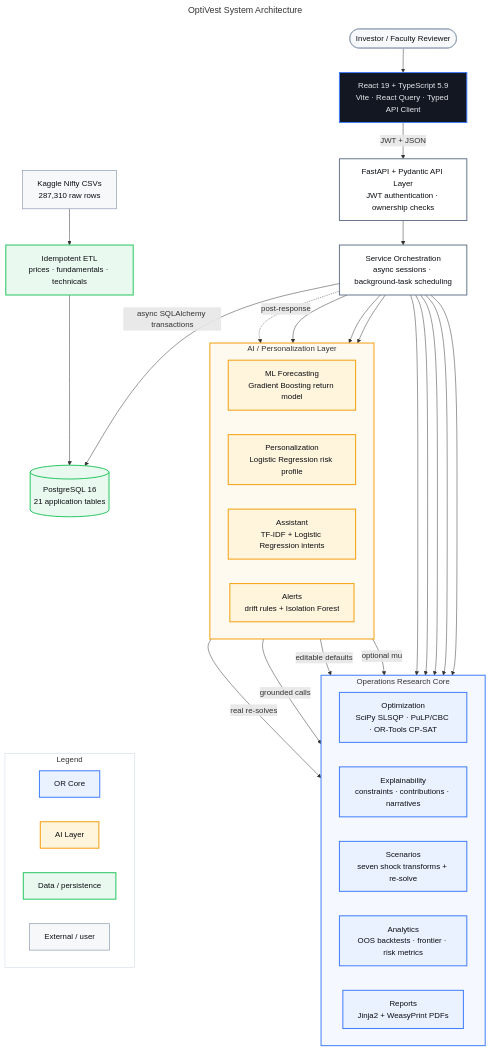
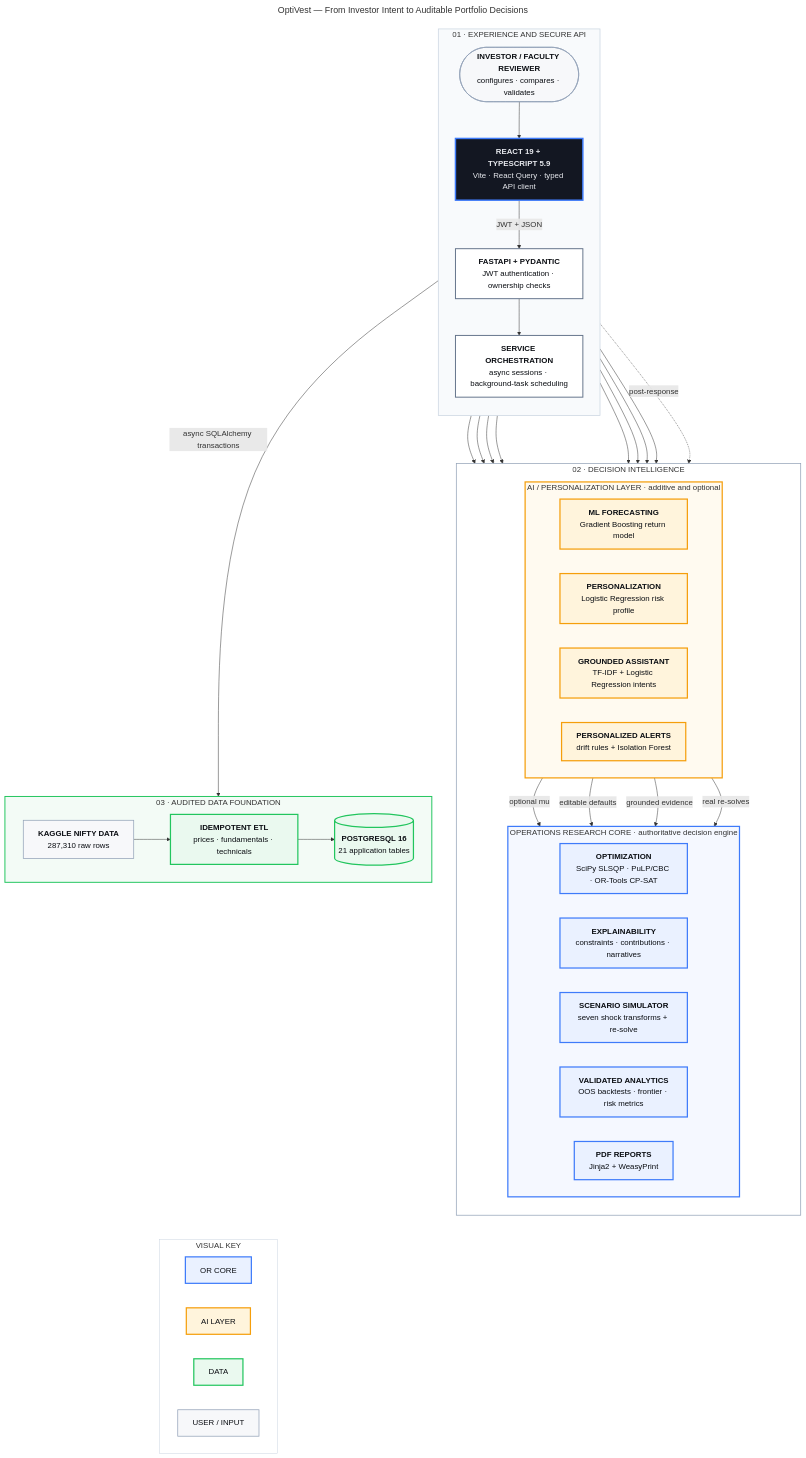
Before and after one commit to ParthrChandurkar/quantitative-portfolio-optimization-dss: the diagram in docs/diagrams/src/system-architecture.mmd, drawn with Mermaid. The commit also changed 8 other files, not shown here.

Commit message:
docs: enhance architecture diagram visuals

```diff
--- a/docs/diagrams/src/system-architecture.mmd
+++ b/docs/diagrams/src/system-architecture.mmd
@@ -1,68 +1,82 @@
 ---
-title: OptiVest System Architecture
+title: OptiVest — From Investor Intent to Auditable Portfolio Decisions
 ---
 flowchart TB
-    USER([Investor / Faculty Reviewer]):::external
-    UI["React 19 + TypeScript 5.9<br/>Vite · React Query · Typed API Client"]:::frontend
-    API["FastAPI + Pydantic API Layer<br/>JWT authentication · ownership checks"]:::service
-    SVC["Service Orchestration<br/>async sessions · background-task scheduling"]:::service
+    subgraph ACCESS["01 · EXPERIENCE AND SECURE API"]
+        direction TB
+        USER(["<b>INVESTOR / FACULTY REVIEWER</b><br/>configures · compares · validates"]):::external
+        UI["<b>REACT 19 + TYPESCRIPT 5.9</b><br/>Vite · React Query · typed API client"]:::frontend
+        API["<b>FASTAPI + PYDANTIC</b><br/>JWT authentication · ownership checks"]:::service
+        SVC["<b>SERVICE ORCHESTRATION</b><br/>async sessions · background-task scheduling"]:::service
 
-    subgraph ORCORE["Operations Research Core"]
-        direction LR
-        OPT["Optimization<br/>SciPy SLSQP · PuLP/CBC · OR-Tools CP-SAT"]:::orcore
-        EXP["Explainability<br/>constraints · contributions · narratives"]:::orcore
-        SCN["Scenarios<br/>seven shock transforms + re-solve"]:::orcore
-        ANA["Analytics<br/>OOS backtests · frontier · risk metrics"]:::orcore
-        REP["Reports<br/>Jinja2 + WeasyPrint PDFs"]:::orcore
+        USER --> UI
+        UI -->|JWT + JSON| API
+        API --> SVC
     end
 
-    subgraph AILAYER["AI / Personalization Layer"]
-        direction LR
-        ML["ML Forecasting<br/>Gradient Boosting return model"]:::ai
-        PERS["Personalization<br/>Logistic Regression risk profile"]:::ai
-        AST["Assistant<br/>TF-IDF + Logistic Regression intents"]:::ai
-        ALT["Alerts<br/>drift rules + Isolation Forest"]:::ai
+    subgraph INTELLIGENCE["02 · DECISION INTELLIGENCE"]
+        direction TB
+        subgraph AILAYER["AI / PERSONALIZATION LAYER · additive and optional"]
+            direction LR
+            ML["<b>ML FORECASTING</b><br/>Gradient Boosting return model"]:::ai
+            PERS["<b>PERSONALIZATION</b><br/>Logistic Regression risk profile"]:::ai
+            AST["<b>GROUNDED ASSISTANT</b><br/>TF-IDF + Logistic Regression intents"]:::ai
+            ALT["<b>PERSONALIZED ALERTS</b><br/>drift rules + Isolation Forest"]:::ai
+        end
+
+        subgraph ORCORE["OPERATIONS RESEARCH CORE · authoritative decision engine"]
+            direction LR
+            OPT["<b>OPTIMIZATION</b><br/>SciPy SLSQP · PuLP/CBC · OR-Tools CP-SAT"]:::orcore
+            EXP["<b>EXPLAINABILITY</b><br/>constraints · contributions · narratives"]:::orcore
+            SCN["<b>SCENARIO SIMULATOR</b><br/>seven shock transforms + re-solve"]:::orcore
+            ANA["<b>VALIDATED ANALYTICS</b><br/>OOS backtests · frontier · risk metrics"]:::orcore
+            REP["<b>PDF REPORTS</b><br/>Jinja2 + WeasyPrint"]:::orcore
+        end
     end
 
-    DB[("PostgreSQL 16<br/>21 application tables")]:::data
-    CSV["Kaggle Nifty CSVs<br/>287,310 raw rows"]:::external
-    ETL["Idempotent ETL<br/>prices · fundamentals · technicals"]:::data
+    subgraph FOUNDATION["03 · AUDITED DATA FOUNDATION"]
+        direction LR
+        CSV["<b>KAGGLE NIFTY DATA</b><br/>287,310 raw rows"]:::external
+        ETL["<b>IDEMPOTENT ETL</b><br/>prices · fundamentals · technicals"]:::data
+        DB[("<b>POSTGRESQL 16</b><br/>21 application tables")]:::data
 
-    USER --> UI
-    UI -->|JWT + JSON| API
-    API --> SVC
+        CSV --> ETL --> DB
+    end
+
     SVC --> OPT
     SVC --> EXP
     SVC --> SCN
     SVC --> ANA
     SVC --> REP
     SVC --> ML
     SVC --> PERS
     SVC --> AST
     SVC -. post-response .-> ALT
     ML -->|optional mu| OPT
     PERS -->|editable defaults| OPT
-    AST -->|grounded calls| EXP
+    AST -->|grounded evidence| EXP
     AST -->|real re-solves| SCN
     SVC -->|async SQLAlchemy transactions| DB
-    CSV --> ETL --> DB
 
-    subgraph KEY["Legend"]
+    subgraph KEY["VISUAL KEY"]
         direction LR
-        KOR["OR Core"]:::orcore
-        KAI["AI Layer"]:::ai
-        KDATA["Data / persistence"]:::data
-        KEDGE["External / user"]:::external
+        KOR["OR CORE"]:::orcore
+        KAI["AI LAYER"]:::ai
+        KDATA["DATA"]:::data
+        KEDGE["USER / INPUT"]:::external
     end
 
     DB ~~~ KOR
 
-    classDef frontend fill:#131722,color:#E7E9EE,stroke:#3E7BFA,stroke-width:2px;
+    classDef frontend fill:#131722,color:#E7E9EE,stroke:#3E7BFA,stroke-width:3px;
     classDef service fill:#FFFFFF,color:#0B0E13,stroke:#64748B,stroke-width:2px;
-    classDef orcore fill:#EAF1FF,color:#0B0E13,stroke:#3E7BFA,stroke-width:2px;
-    classDef ai fill:#FFF4DC,color:#0B0E13,stroke:#F59E0B,stroke-width:2px;
-    classDef data fill:#EAF9EF,color:#0B0E13,stroke:#22C55E,stroke-width:2px;
+    classDef orcore fill:#EAF1FF,color:#0B0E13,stroke:#3E7BFA,stroke-width:2.5px;
+    classDef ai fill:#FFF4DC,color:#0B0E13,stroke:#F59E0B,stroke-width:2.5px;
+    classDef data fill:#EAF9EF,color:#0B0E13,stroke:#22C55E,stroke-width:2.5px;
     classDef external fill:#F7F8FA,color:#0B0E13,stroke:#94A3B8,stroke-width:1.5px;
-    style ORCORE fill:#F5F8FF,stroke:#3E7BFA,stroke-width:2px
-    style AILAYER fill:#FFFAF0,stroke:#F59E0B,stroke-width:2px
+    style ACCESS fill:#F8FAFC,stroke:#CBD5E1,stroke-width:1.5px
+    style INTELLIGENCE fill:#FFFFFF,stroke:#94A3B8,stroke-width:1.5px
+    style ORCORE fill:#F5F8FF,stroke:#3E7BFA,stroke-width:2.5px
+    style AILAYER fill:#FFFAF0,stroke:#F59E0B,stroke-width:2.5px
+    style FOUNDATION fill:#F3FBF6,stroke:#22C55E,stroke-width:2px
     style KEY fill:#FFFFFF,stroke:#CBD5E1,stroke-width:1px
```
